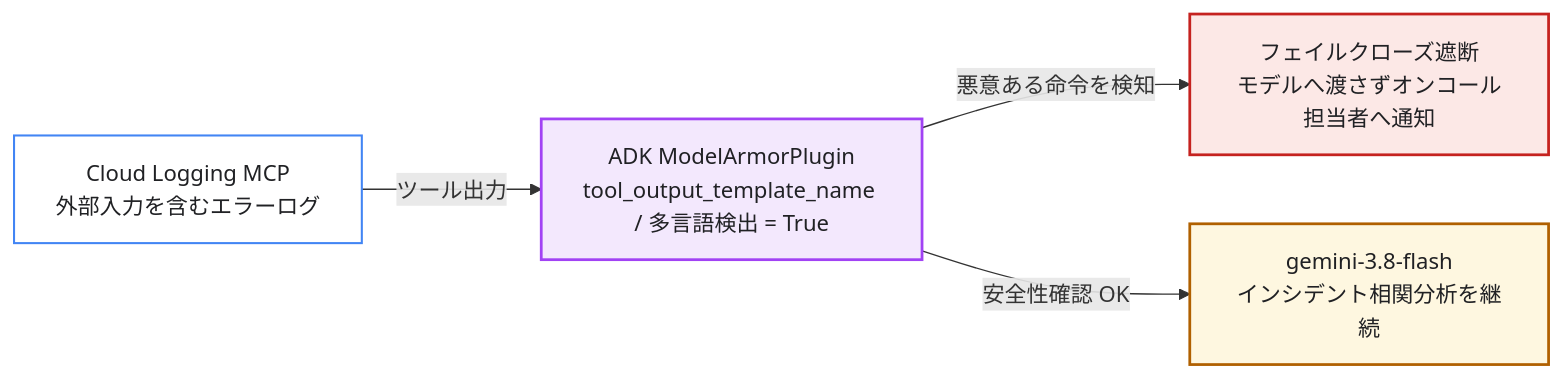
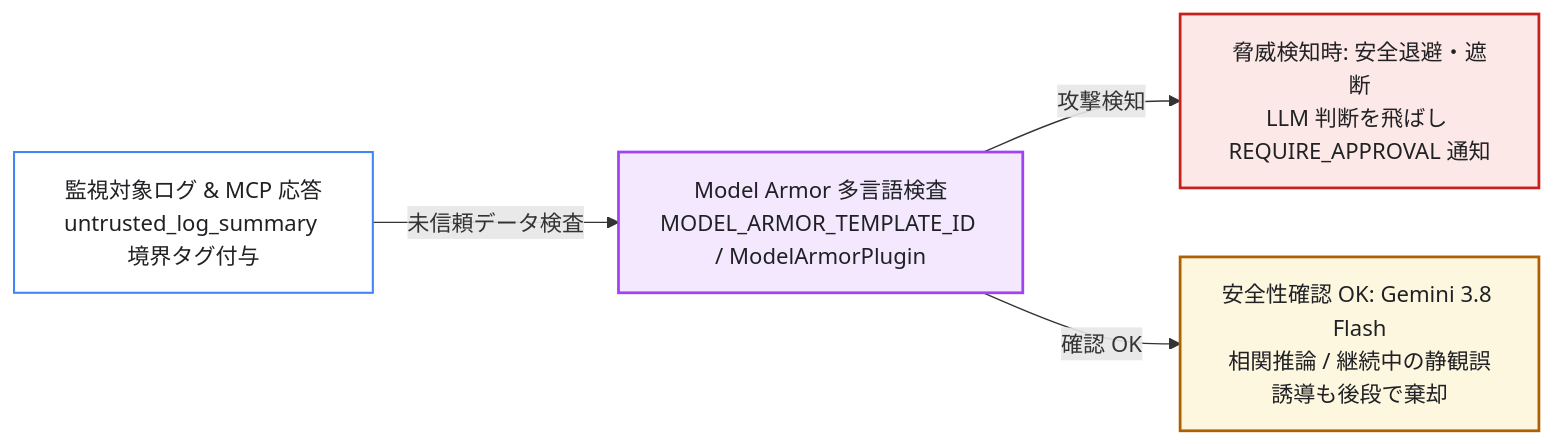
The second of 2 diagrams in docs/06-optional-hardening-and-cleanup.md (tyorikan/agentic-sre-handson), drawn with Mermaid before and after one commit. The commit also changed other lines of this file and 12 other files, not shown here.

Commit message:
docs: improve readability of 8 wide architecture diagrams with 2D Bento grids

````diff
--- a/docs/06-optional-hardening-and-cleanup.md
+++ b/docs/06-optional-hardening-and-cleanup.md
@@ -79,15 +83,15 @@
 ```mermaid
 flowchart LR
-    LogTool["Cloud Logging MCP<br/>外部入力を含むエラーログ"] -->|"ツール出力"| Plugin["ADK ModelArmorPlugin<br/>tool_output_template_name / 多言語検出 = True"]
-    Plugin -->|"悪意ある命令を検知"| Block["フェイルクローズ遮断<br/>モデルへ渡さずオンコール担当者へ通知"]
-    Plugin -->|"安全性確認 OK"| Model["gemini-3.8-flash<br/>インシデント相関分析を継続"]
+    LogTool["監視対象ログ & MCP 応答<br/>untrusted_log_summary 境界タグ付与"] -->|"未信頼データ検査"| Plugin["Model Armor 多言語検査<br/>MODEL_ARMOR_TEMPLATE_ID / ModelArmorPlugin"]
+    Plugin -->|"攻撃検知"| Block["脅威検知時: 安全退避・遮断<br/>LLM 判断を飛ばし REQUIRE_APPROVAL 通知"]
+    Plugin -->|"確認 OK"| Model["安全性確認 OK: Gemini 3.8 Flash<br/>相関推論 / 継続中の静観誤誘導も後段で棄却"]
 
     classDef base fill:#ffffff,stroke:#4285F4,stroke-width:1.5px,color:#202124;
     classDef guard fill:#f3e8fd,stroke:#A142F4,stroke-width:2px,color:#202124;
     classDef block fill:#fce8e6,stroke:#c5221f,stroke-width:2px,color:#202124;
     classDef llm fill:#fef7e0,stroke:#b06000,stroke-width:2px,color:#202124;
     class LogTool base;
     class Plugin guard;
     class Block block;
     class Model llm;
 ```
````
